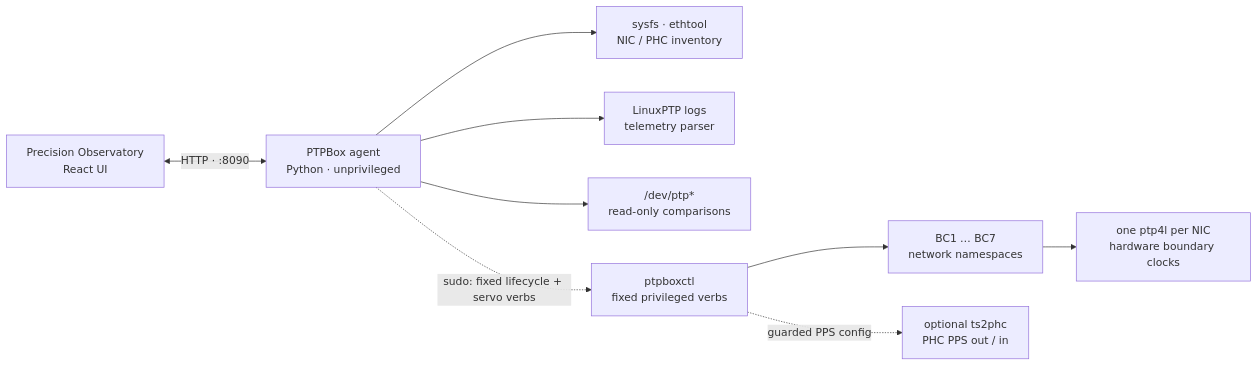
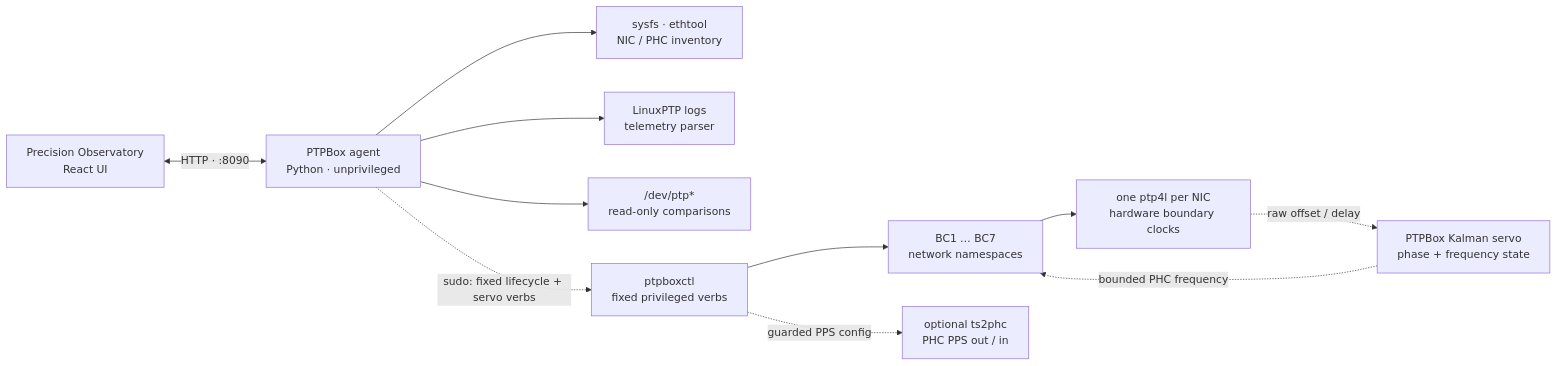
One commit to ahmadexp/PTPBox changed the diagram in README.md. Above: the diagram before and after it, drawn with Mermaid. The commit also changed other lines of this file and 15 other files, not shown here.

Commit message:
Add live Kalman PHC servo

````diff
--- a/README.md
+++ b/README.md
@@ -215,20 +215,23 @@
 ```mermaid
 flowchart LR
     Browser["Precision Observatory\nReact UI"]
     Agent["PTPBox agent\nPython · unprivileged"]
     Inventory["sysfs · ethtool\nNIC / PHC inventory"]
     Logs["LinuxPTP logs\ntelemetry parser"]
     PHCs["/dev/ptp*\nread-only comparisons"]
     Helper["ptpboxctl\nfixed privileged verbs"]
+    Kalman["PTPBox Kalman servo\nphase + frequency state"]
     NS["BC1 … BC7\nnetwork namespaces"]
     PTP["one ptp4l per NIC\nhardware boundary clocks"]
 
     Browser <-->|"HTTP · :8090"| Agent
     Agent --> Inventory
     Agent --> Logs
     Agent --> PHCs
     Agent -. "sudo: fixed lifecycle + servo verbs" .-> Helper
     Helper --> NS
     NS --> PTP
+    PTP -. "raw offset / delay" .-> Kalman
+    Kalman -. "bounded PHC frequency" .-> NS
     Helper -. "guarded PPS config" .-> PPS["optional ts2phc\nPHC PPS out / in"]
 ```
````
